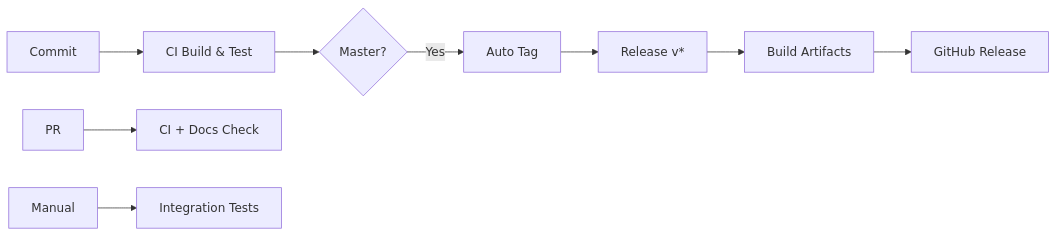
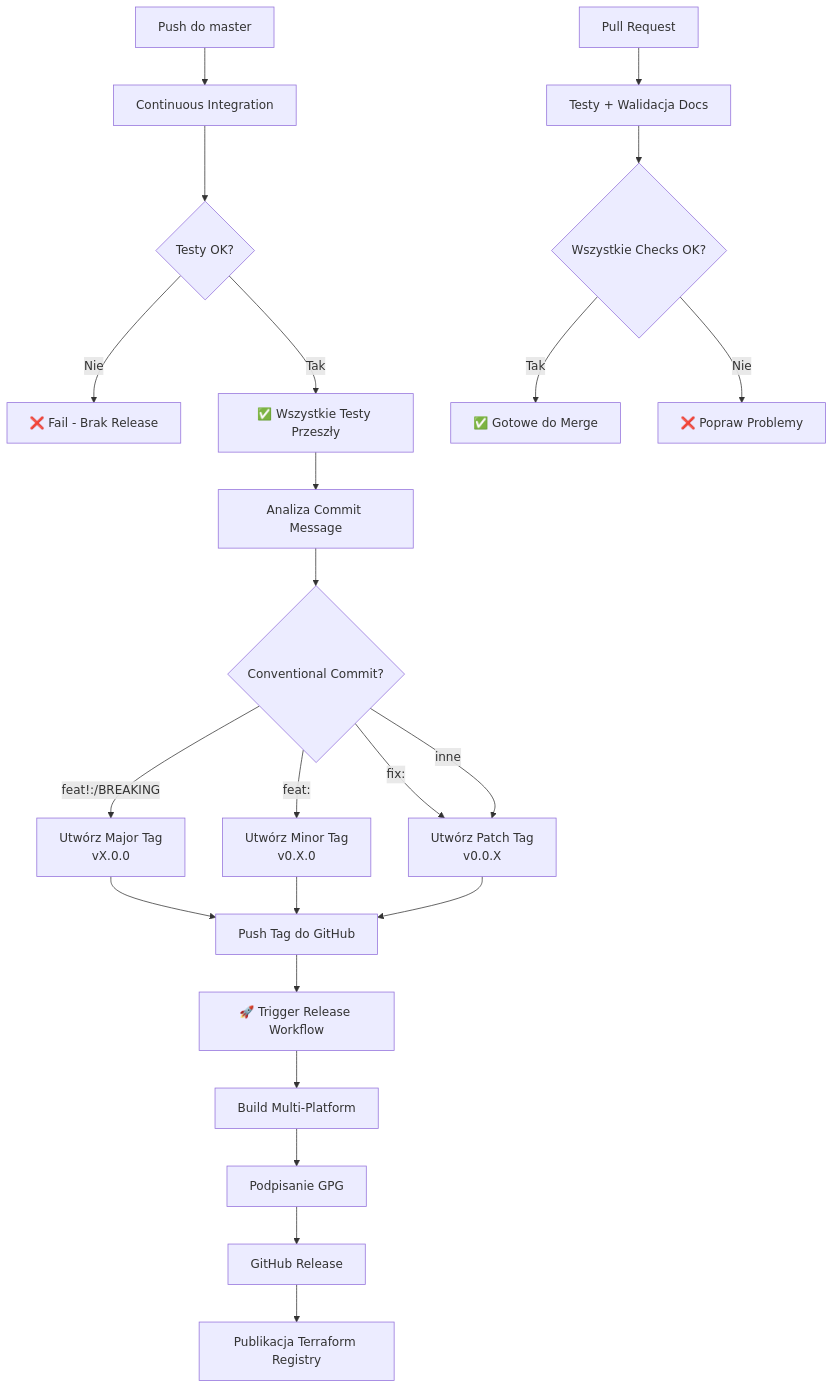
The diagram in .github/workflows/README.md (lkolo-prez/terraform-provider-mikrotik), drawn with Mermaid before and after one commit. The commit also changed other lines of this file and 2 other files, not shown here.

First line of the commit message:
feat: unified CI/CD pipeline - continuous test to publish flow

````diff
--- a/.github/workflows/README.md
+++ b/.github/workflows/README.md
@@ -92,13 +110,26 @@
 ```mermaid
-graph LR
-    A[Commit] --> B[CI Build & Test]
-    B --> C{Master?}
-    C -->|Yes| D[Auto Tag]
-    D --> E[Release v*]
-    E --> F[Build Artifacts]
-    F --> G[GitHub Release]
+graph TD
+    A[Push do master] --> B[Continuous Integration]
+    B --> C{Testy OK?}
+    C -->|Nie| D[❌ Fail - Brak Release]
+    C -->|Tak| E[✅ Wszystkie Testy Przeszły]
+    E --> F[Analiza Commit Message]
+    F --> G{Conventional Commit?}
+    G -->|feat!:/BREAKING| H[Utwórz Major Tag<br/>vX.0.0]
+    G -->|feat:| I[Utwórz Minor Tag<br/>v0.X.0]
+    G -->|fix:| J[Utwórz Patch Tag<br/>v0.0.X]
+    G -->|inne| J
+    H --> K[Push Tag do GitHub]
+    I --> K
+    J --> K
+    K --> L[🚀 Trigger Release Workflow]
+    L --> M[Build Multi-Platform]
+    M --> N[Podpisanie GPG]
+    N --> O[GitHub Release]
+    O --> P[Publikacja Terraform Registry]
     
-    H[PR] --> I[CI + Docs Check]
-    
-    J[Manual] --> K[Integration Tests]
+    PR[Pull Request] --> Q[Testy + Walidacja Docs]
+    Q --> R{Wszystkie Checks OK?}
+    R -->|Tak| S[✅ Gotowe do Merge]
+    R -->|Nie| T[❌ Popraw Problemy]
 ```
````
